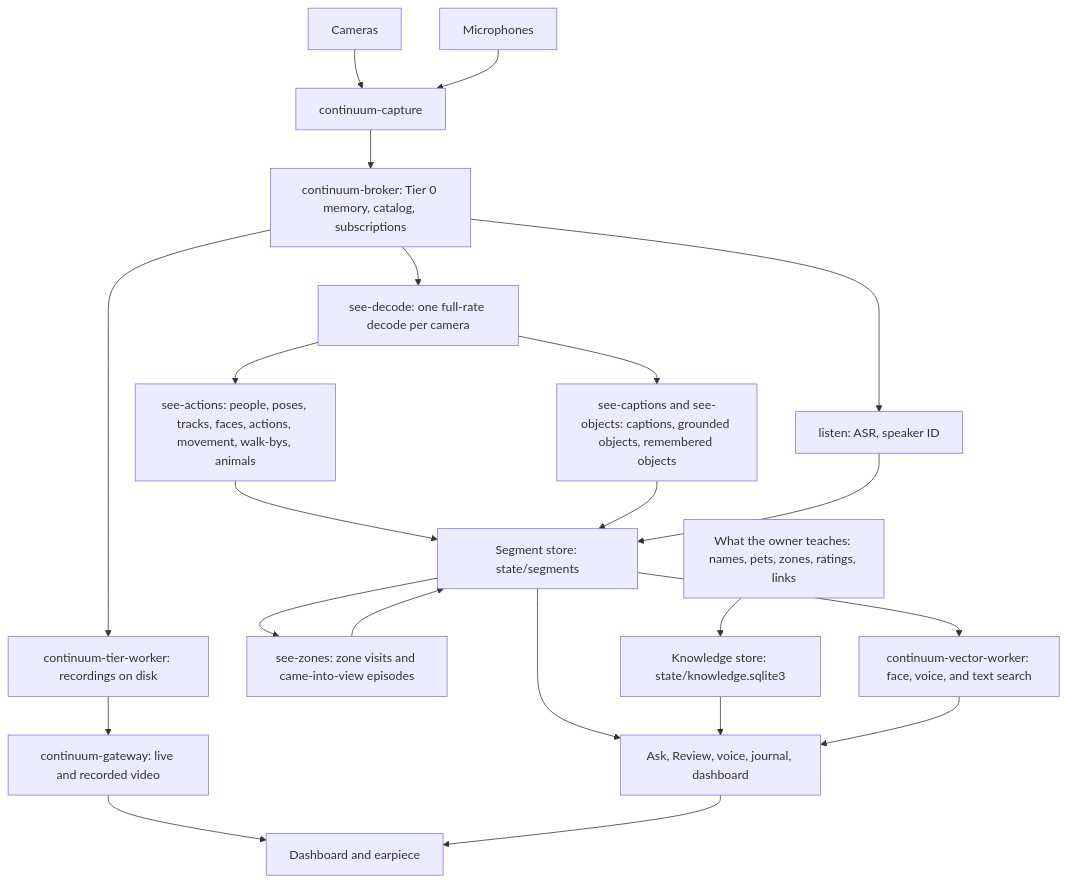
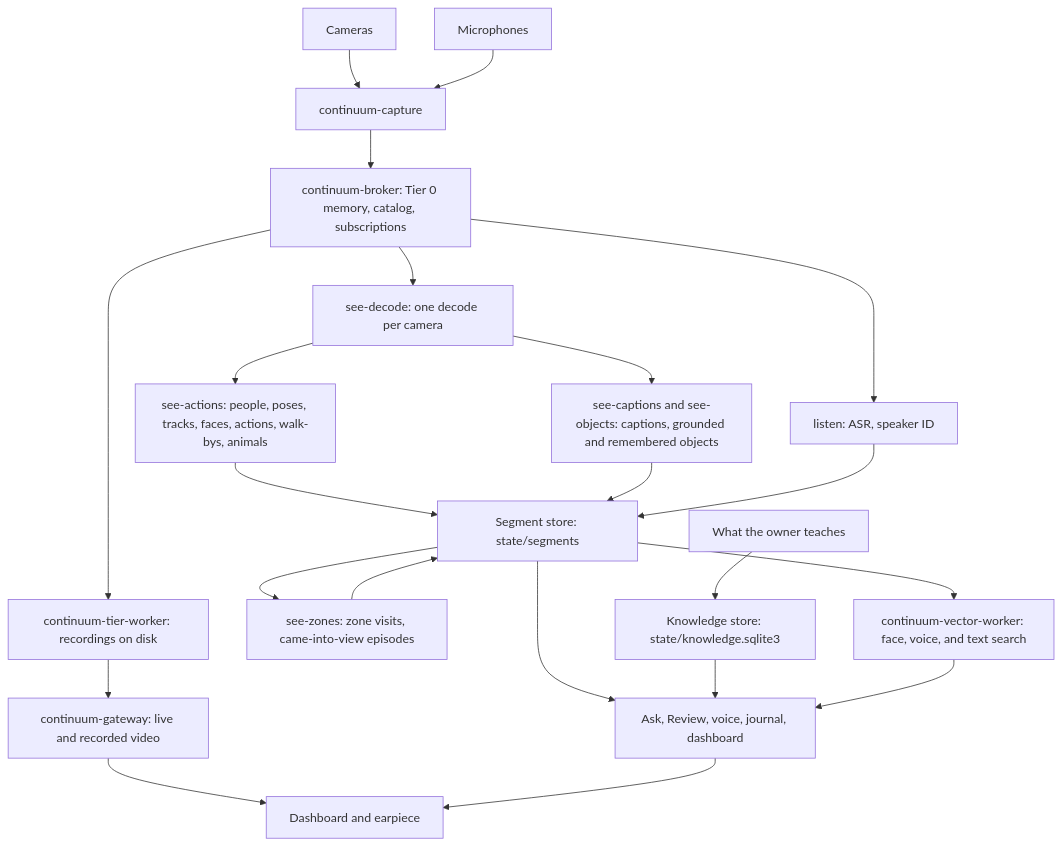
One commit to liseman/liberation.al changed the diagram in docs/ARCHITECTURE.md. Above: the diagram before and after it, drawn with Mermaid. The commit also changed other lines of this file and 16 other files, not shown here.

First line of the commit message:
Make ARCHITECTURE.md an overview and move detail to focused docs

````diff
--- a/docs/ARCHITECTURE.md
+++ b/docs/ARCHITECTURE.md
@@ -11,21 +16,21 @@
 ```mermaid
 flowchart TB
   CAM["Cameras"] --> CAP["continuum-capture"]
   MIC["Microphones"] --> CAP
   CAP --> BROKER["continuum-broker: Tier 0 memory, catalog, subscriptions"]
   BROKER --> TIER["continuum-tier-worker: recordings on disk"]
-  BROKER --> DECODE["see-decode: one full-rate decode per camera"]
-  DECODE --> ACTIONS["see-actions: people, poses, tracks, faces, actions, movement, walk-bys, animals"]
-  DECODE --> CAPTIONS["see-captions and see-objects: captions, grounded objects, remembered objects"]
+  BROKER --> DECODE["see-decode: one decode per camera"]
+  DECODE --> ACTIONS["see-actions: people, poses, tracks, faces, actions, walk-bys, animals"]
+  DECODE --> CAPTIONS["see-captions and see-objects: captions, grounded and remembered objects"]
   ACTIONS --> SEG["Segment store: state/segments"]
   CAPTIONS --> SEG
-  SEG --> ZONES["see-zones: zone visits and came-into-view episodes"]
+  SEG --> ZONES["see-zones: zone visits, came-into-view episodes"]
   ZONES --> SEG
   BROKER --> LISTEN["listen: ASR, speaker ID"]
   LISTEN --> SEG
   SEG --> VECTOR["continuum-vector-worker: face, voice, and text search"]
-  OWNER["What the owner teaches: names, pets, zones, ratings, links"] --> KNOW["Knowledge store: state/knowledge.sqlite3"]
+  OWNER["What the owner teaches"] --> KNOW["Knowledge store: state/knowledge.sqlite3"]
   SEG & KNOW & VECTOR --> READERS["Ask, Review, voice, journal, dashboard"]
   TIER --> GATEWAY["continuum-gateway: live and recorded video"]
   GATEWAY & READERS --> WEB["Dashboard and earpiece"]
 ```
````
